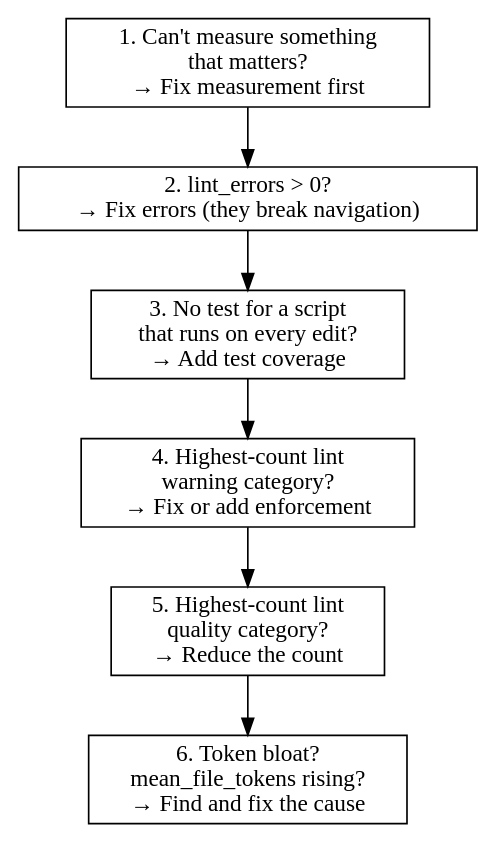
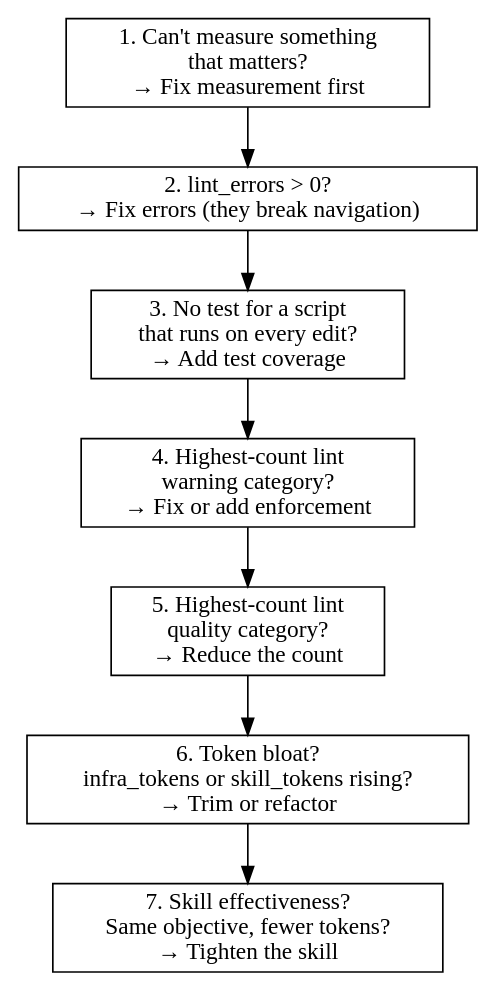
Before and after one commit to Thedougler/shattered-sea-wiki: the diagram in .claude/skills/continuous-self-improvement/SKILL.md, drawn with Graphviz. The commit also changed other lines of this file and 4 other files, not shown here.

````diff
--- a/.claude/skills/continuous-self-improvement/SKILL.md
+++ b/.claude/skills/continuous-self-improvement/SKILL.md
@@ -76,15 +95,16 @@
 ```dot
 digraph priority {
   rankdir=TB;
   node [shape=box];
 
   M [label="1. Can't measure something\nthat matters?\n→ Fix measurement first"];
   E [label="2. lint_errors > 0?\n→ Fix errors (they break navigation)"];
   T [label="3. No test for a script\nthat runs on every edit?\n→ Add test coverage"];
   W [label="4. Highest-count lint\nwarning category?\n→ Fix or add enforcement"];
   Q [label="5. Highest-count lint\nquality category?\n→ Reduce the count"];
-  I [label="6. Token bloat?\nmean_file_tokens rising?\n→ Find and fix the cause"];
+  I [label="6. Token bloat?\ninfra_tokens or skill_tokens rising?\n→ Trim or refactor"];
+  S [label="7. Skill effectiveness?\nSame objective, fewer tokens?\n→ Tighten the skill"];
 
-  M -> E -> T -> W -> Q -> I;
+  M -> E -> T -> W -> Q -> I -> S;
 }
 ```
````
